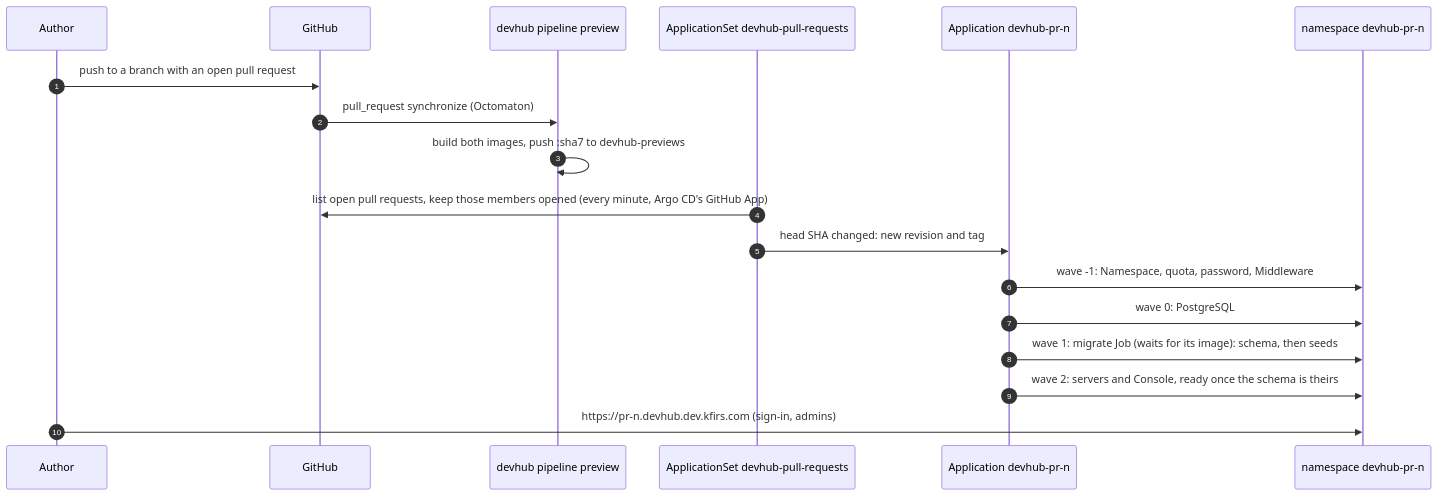
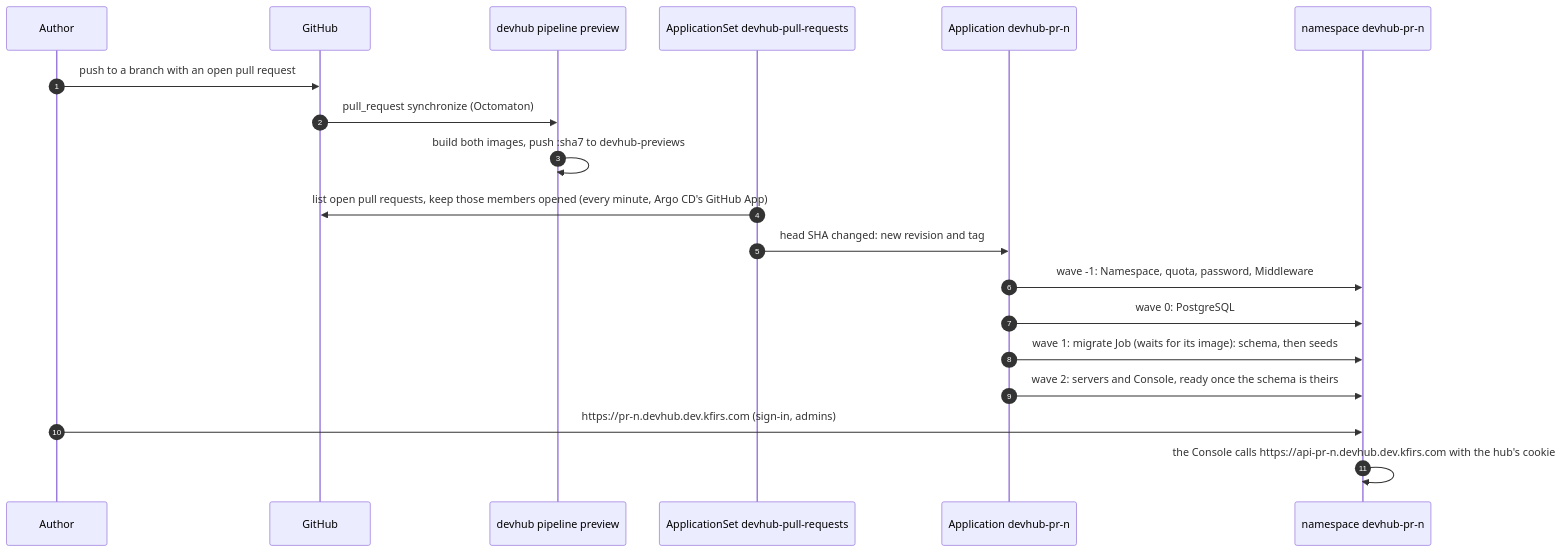
The second of 4 diagrams in docs/delivery/designs/devhub-previews.md (arikkfir-org/delivery), drawn with Mermaid before and after one commit. The commit also changed other lines of this file and 5 other files, not shown here.

First line of the commit message:
feat(devhub): serve previews' APIs at api-pr-<number>

````diff
--- a/docs/delivery/designs/devhub-previews.md
+++ b/docs/delivery/designs/devhub-previews.md
@@ -37,20 +37,21 @@
 ```mermaid
 sequenceDiagram
   autonumber
   participant Dev as Author
   participant GH as GitHub
   participant P as devhub pipeline preview
   participant AS as ApplicationSet devhub-pull-requests
   participant A as Application devhub-pr-n
   participant K as namespace devhub-pr-n
   Dev->>GH: push to a branch with an open pull request
   GH->>P: pull_request synchronize (Octomaton)
   P->>P: build both images, push :sha7 to devhub-previews
   AS->>GH: list open pull requests, keep those members opened (every minute, Argo CD's GitHub App)
   AS->>A: head SHA changed: new revision and tag
   A->>K: wave -1: Namespace, quota, password, Middleware
   A->>K: wave 0: PostgreSQL
   A->>K: wave 1: migrate Job (waits for its image): schema, then seeds
   A->>K: wave 2: servers and Console, ready once the schema is theirs
   Dev->>K: https://pr-n.devhub.dev.kfirs.com (sign-in, admins)
+  K->>K: the Console calls https://api-pr-n.devhub.dev.kfirs.com with the hub's cookie
 ```
````
